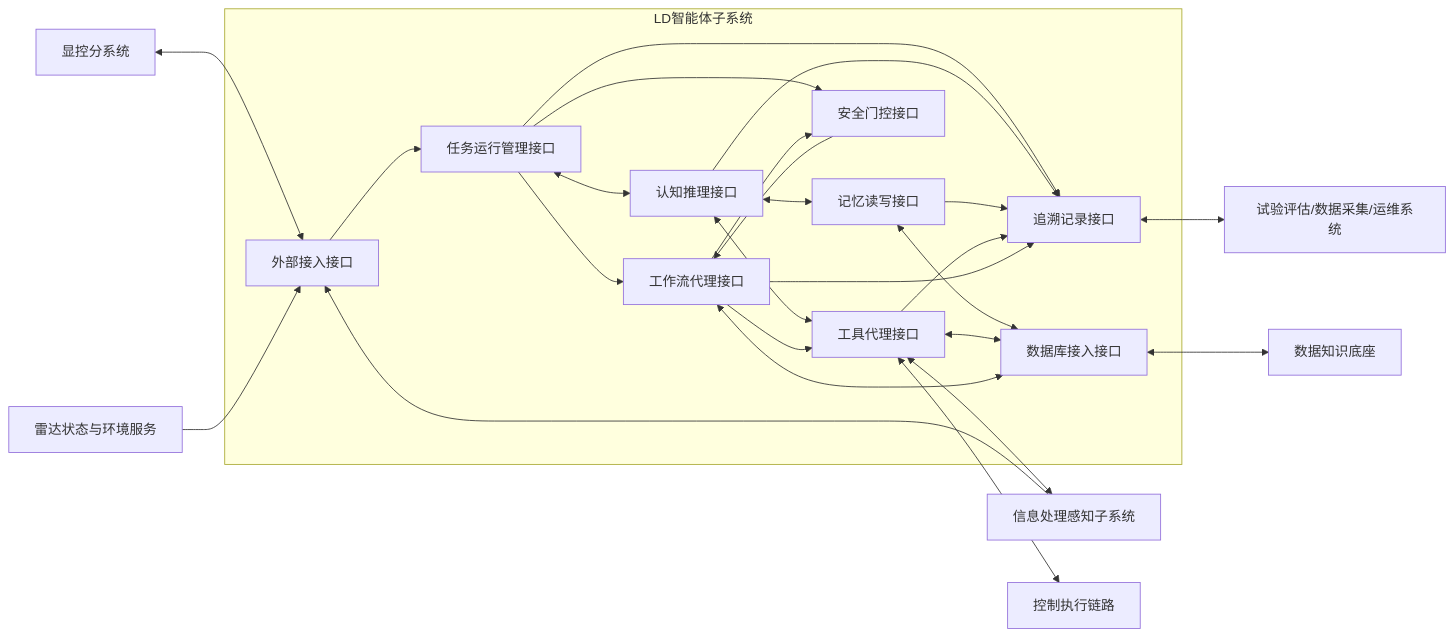
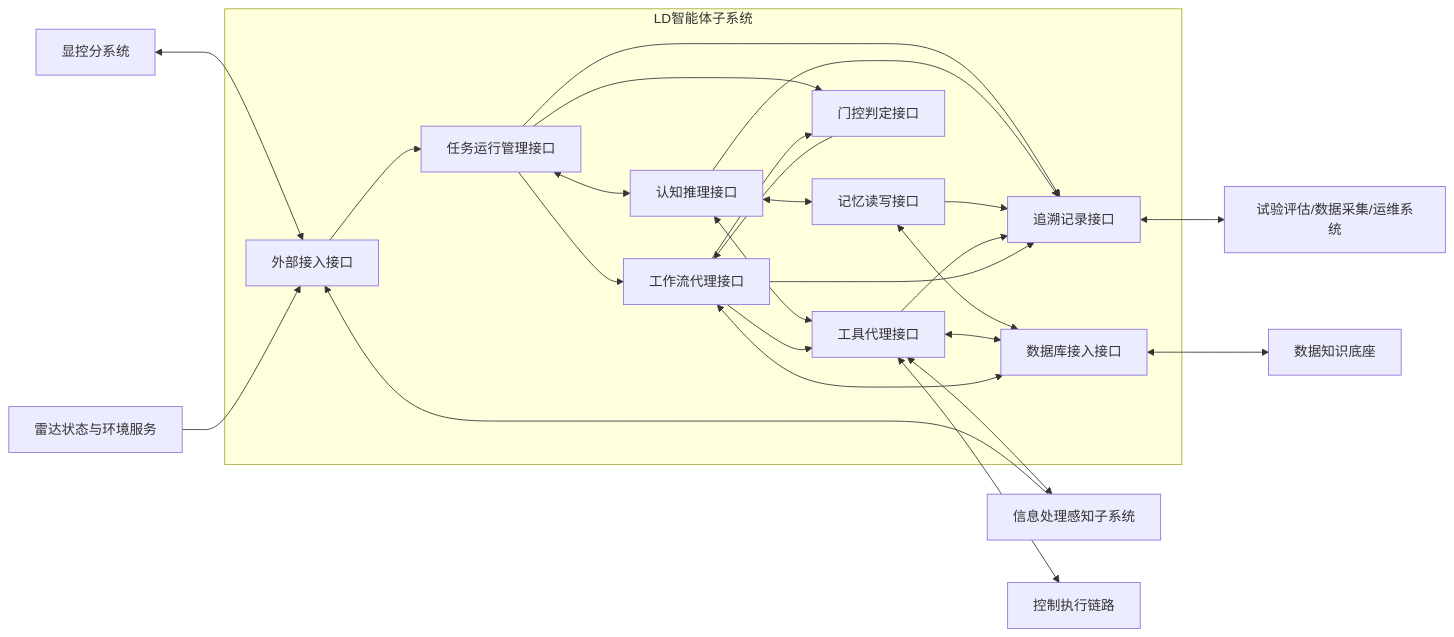
One commit to StormSeven1/obsidian-vault changed the seventh of 7 diagrams in radar agent/4.3.3.2 LD智能体子系统技术方案.md. Above: the diagram before and after it, drawn with Mermaid. The commit also changed other lines of this file, not shown here.

````diff
--- a/radar agent/4.3.3.2 LD智能体子系统技术方案.md
+++ b/radar agent/4.3.3.2 LD智能体子系统技术方案.md
@@ -619,46 +619,46 @@
 ```mermaid
 graph LR
     K1[显控分系统]
     K2[信息处理感知子系统]
     K3[雷达状态与环境服务]
     K4[控制执行链路]
     K5[数据知识底座]
     K6[试验评估/数据采集/运维系统]
 
     subgraph K7[LD智能体子系统]
         K8[外部接入接口]
         K9[任务运行管理接口]
         K10[认知推理接口]
         K11[记忆读写接口]
         K12[工具代理接口]
         K13[工作流代理接口]
-        K14[安全门控接口]
+        K14[门控判定接口]
         K15[追溯记录接口]
         K16[数据库接入接口]
     end
 
     K1 <--> K8
     K2 --> K8
     K3 --> K8
     K8 --> K9
     K9 <--> K10
     K10 <--> K11
     K10 <--> K12
     K11 <--> K16
     K12 <--> K16
     K13 <--> K16
     K16 <--> K5
     K12 <--> K2
     K9 --> K13
     K9 --> K14
     K13 --> K14
     K14 --> K13
     K13 --> K12
     K12 <--> K4
     K9 --> K15
     K10 --> K15
     K11 --> K15
     K12 --> K15
     K13 --> K15
     K15 <--> K6
 ```
````
